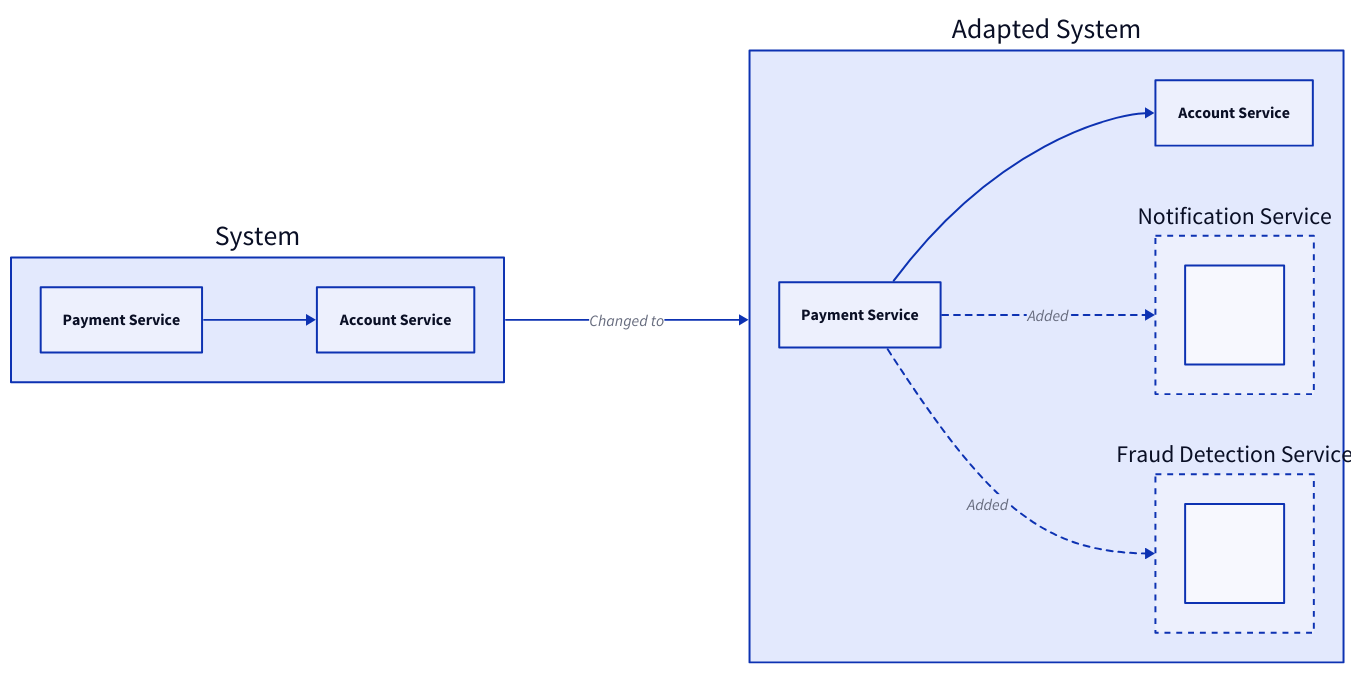
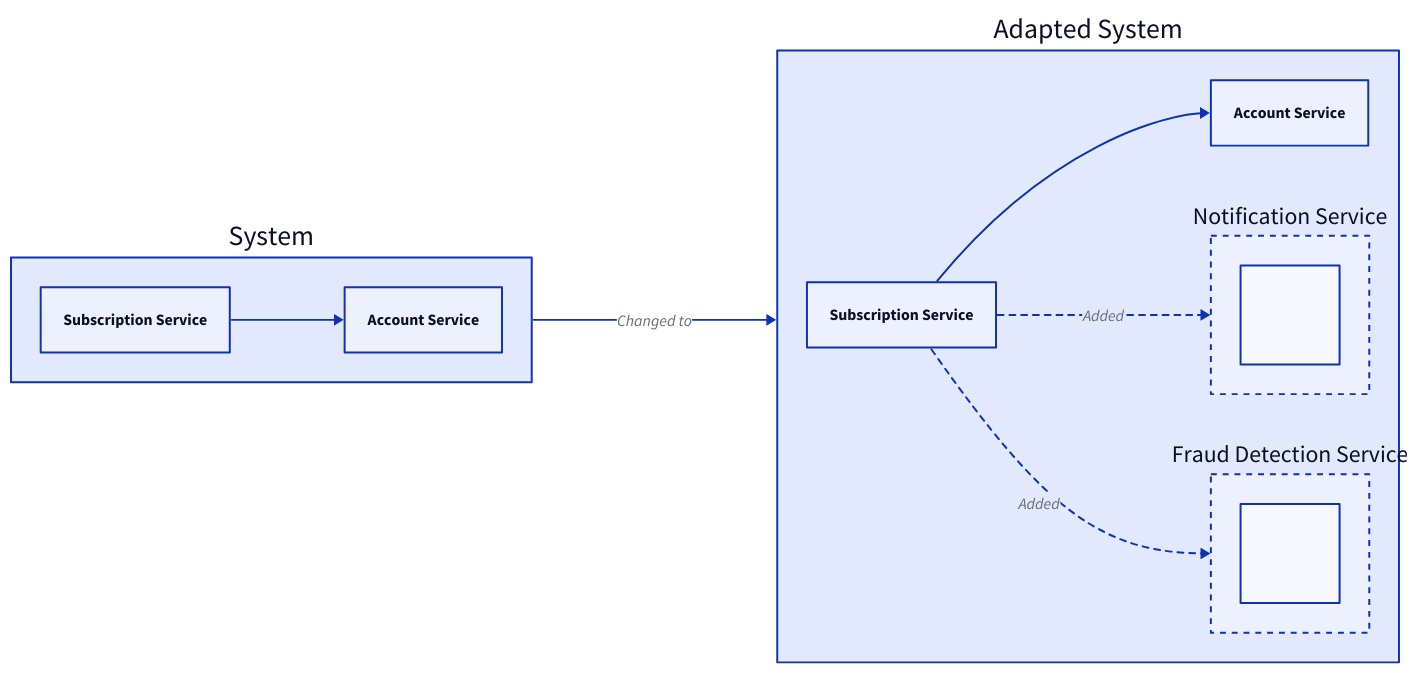
One commit to link1905/system-design-101 changed the eighth of 15 diagrams in content/docs/web-service/microservice.md. Above: the diagram before and after it, drawn with D2. The commit also changed other lines of this file and 10 other files, not shown here.

````diff
--- a/content/docs/web-service/microservice.md
+++ b/content/docs/web-service/microservice.md
@@ -343,40 +385,40 @@
 ```d2
 direction: right
 s1: System {
     acc: Account Service {
       class: server
     }
-    p: Payment Service {
+    p: Subscription Service {
       class: server
     }
     p -> acc
 }
 s2: Adapted System {
     acc: Account Service {
       class: server
     }
-    p: Payment Service {
+    p: Subscription Service {
       class: server
     }
     n: Notification Service {
       style.stroke-dash: 3
       s: "" {
         class: server
       }
     }
     d: Fraud Detection Service {
       style.stroke-dash: 3
       s: "" {
         class: server
       }
     }
     p -> acc
     p -> n: Added {
         style.stroke-dash: 3
     }
     p -> d: Added {
         style.stroke-dash: 3
     }
 }
 s1 -> s2: Changed to
 ```
````
